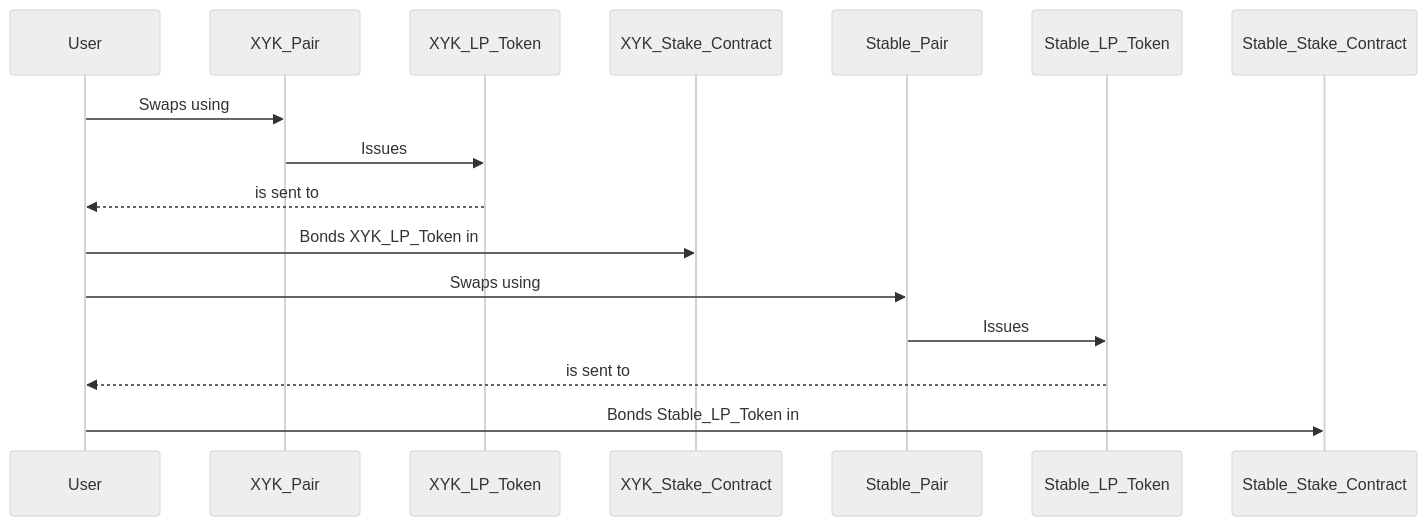
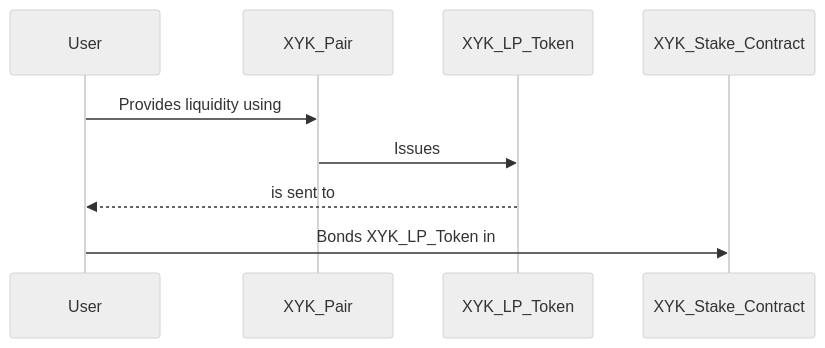
The second of 4 diagrams in docs/architecture.md (WHELP-project/whelp-contracts), drawn with Mermaid (neutral theme) before and after one commit. The commit also changed other lines of this file, not shown here.

Commit message:
Modify architecture documents describing main components of future dex implementation and relations between them

````diff
--- a/docs/architecture.md
+++ b/docs/architecture.md
@@ -28,21 +28,12 @@
 ```mermaid
 sequenceDiagram
     participant User
     participant XYK_Pair
     participant XYK_LP_Token
     participant XYK_Stake_Contract
 
-    User ->> XYK_Pair: Swaps using
+    User ->> XYK_Pair: Provides liquidity using
     XYK_Pair ->> XYK_LP_Token: Issues
     XYK_LP_Token -->> User: is sent to
     User ->> XYK_Stake_Contract: Bonds XYK_LP_Token in
-
-    participant Stable_Pair
-    participant Stable_LP_Token
-    participant Stable_Stake_Contract
-
-    User ->> Stable_Pair: Swaps using
-    Stable_Pair ->> Stable_LP_Token: Issues
-    Stable_LP_Token -->> User: is sent to
-    User ->> Stable_Stake_Contract: Bonds Stable_LP_Token in
 ```
````
